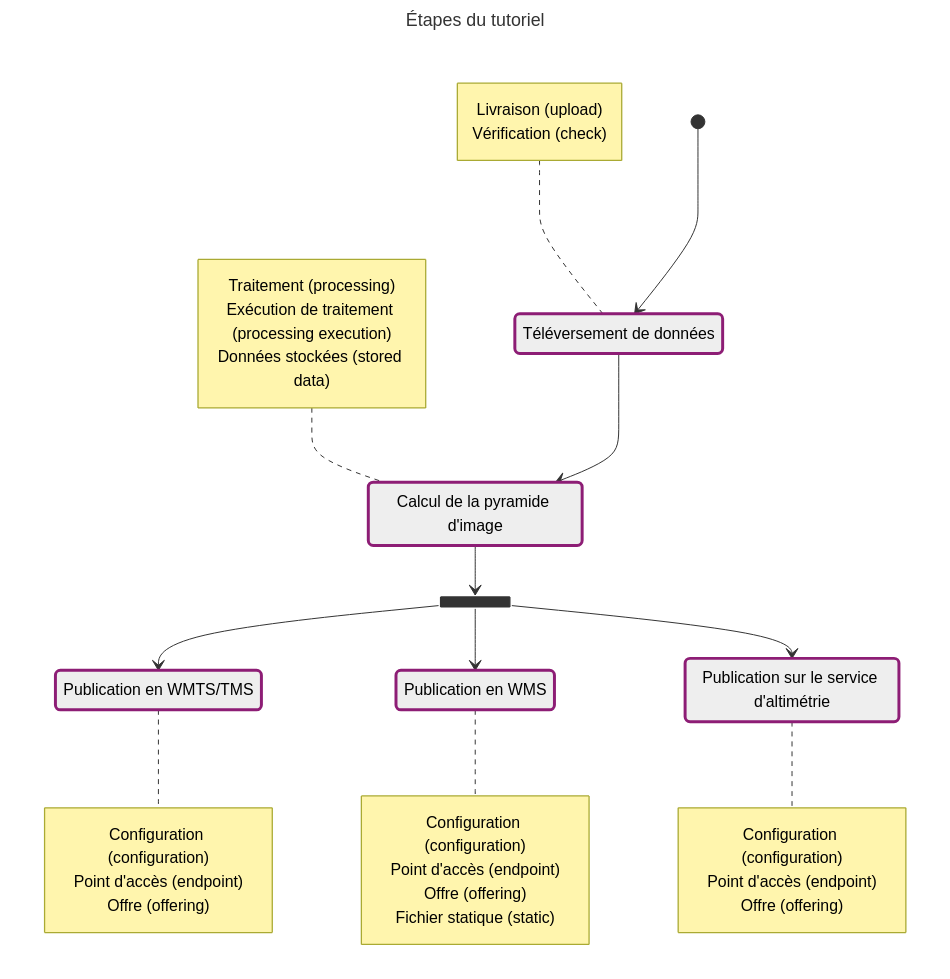
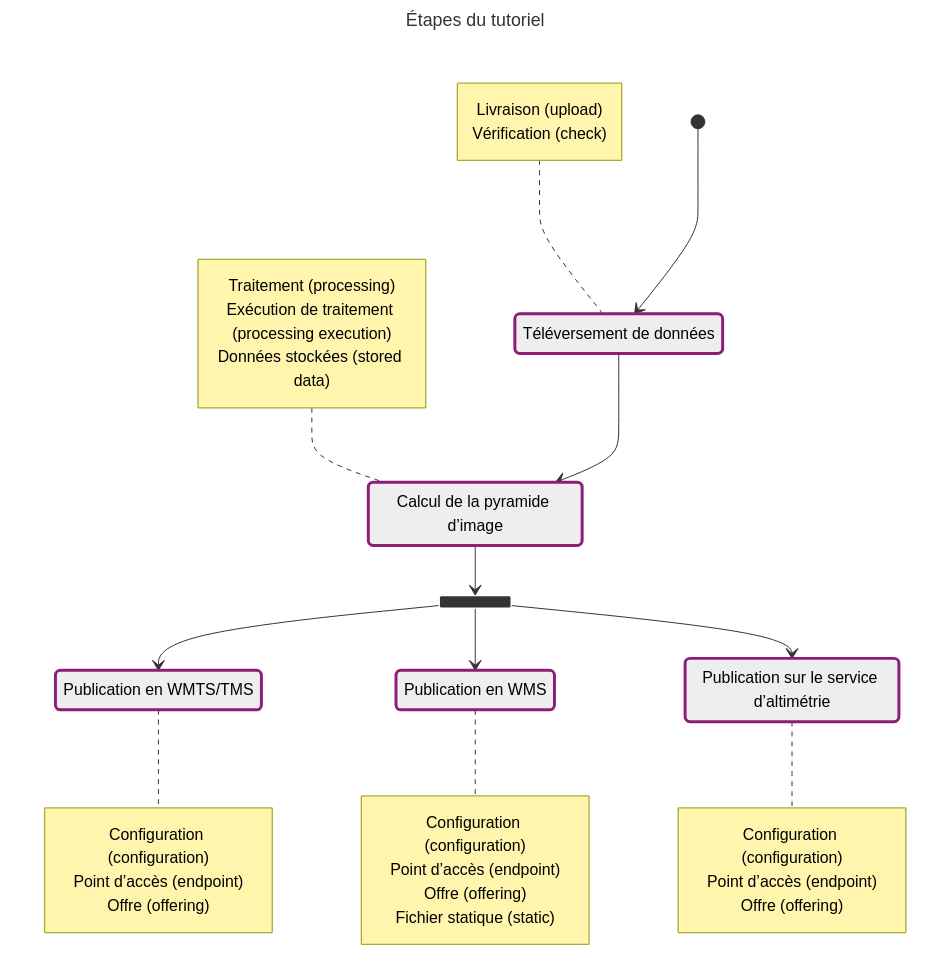
Before and after one commit to IGNF/cartes.gouv.fr-documentation: the first of 2 diagrams in content/fr/guides-developpeur/tutoriels/gestion-des-donnees-raster/mnt.md, drawn with Mermaid. The commit also changed other lines of this file and 205 other files, not shown here.

````diff
--- a/content/fr/guides-developpeur/tutoriels/gestion-des-donnees-raster/mnt.md
+++ b/content/fr/guides-developpeur/tutoriels/gestion-des-donnees-raster/mnt.md
@@ -16,56 +17,56 @@
 ```mermaid
 ---
 title: Étapes du tutoriel
 ---
 stateDiagram
 
 
     TEL: Téléversement de données
     note left of TEL
         Livraison (upload)
         Vérification (check)
     end note
 
-    PYR: Calcul de la pyramide d'image
+    PYR: Calcul de la pyramide d’image
     note left of PYR
         Traitement (processing)
         Exécution de traitement (processing execution)
         Données stockées (stored data)
     end note
 
     PUB_TILED: Publication en WMTS/TMS
     note right of PUB_TILED
         Configuration (configuration)
-        Point d'accès (endpoint)
+        Point d’accès (endpoint)
         Offre (offering)
     end note
 
     PUB_WMS: Publication en WMS
     note right of PUB_WMS
         Configuration (configuration)
-        Point d'accès (endpoint)
+        Point d’accès (endpoint)
         Offre (offering)
         Fichier statique (static)
     end note
 
-    PUB_ALTI: Publication sur le service d'altimétrie
+    PUB_ALTI: Publication sur le service d’altimétrie
     note right of PUB_ALTI
         Configuration (configuration)
-        Point d'accès (endpoint)
+        Point d’accès (endpoint)
         Offre (offering)
     end note
 
     state fork_state <<fork>>
 
     [*] --> TEL
     TEL --> PYR
     PYR --> fork_state
     fork_state --> PUB_TILED
     fork_state --> PUB_WMS
     fork_state --> PUB_ALTI
 
     classDef concepts fill:#eee,stroke:#8d1d75,stroke-width:3px,color:#000;
 
 
     class TEL,PYR,PUB_TILED,PUB_WMS,PUB_ALTI concepts
 ```
````
